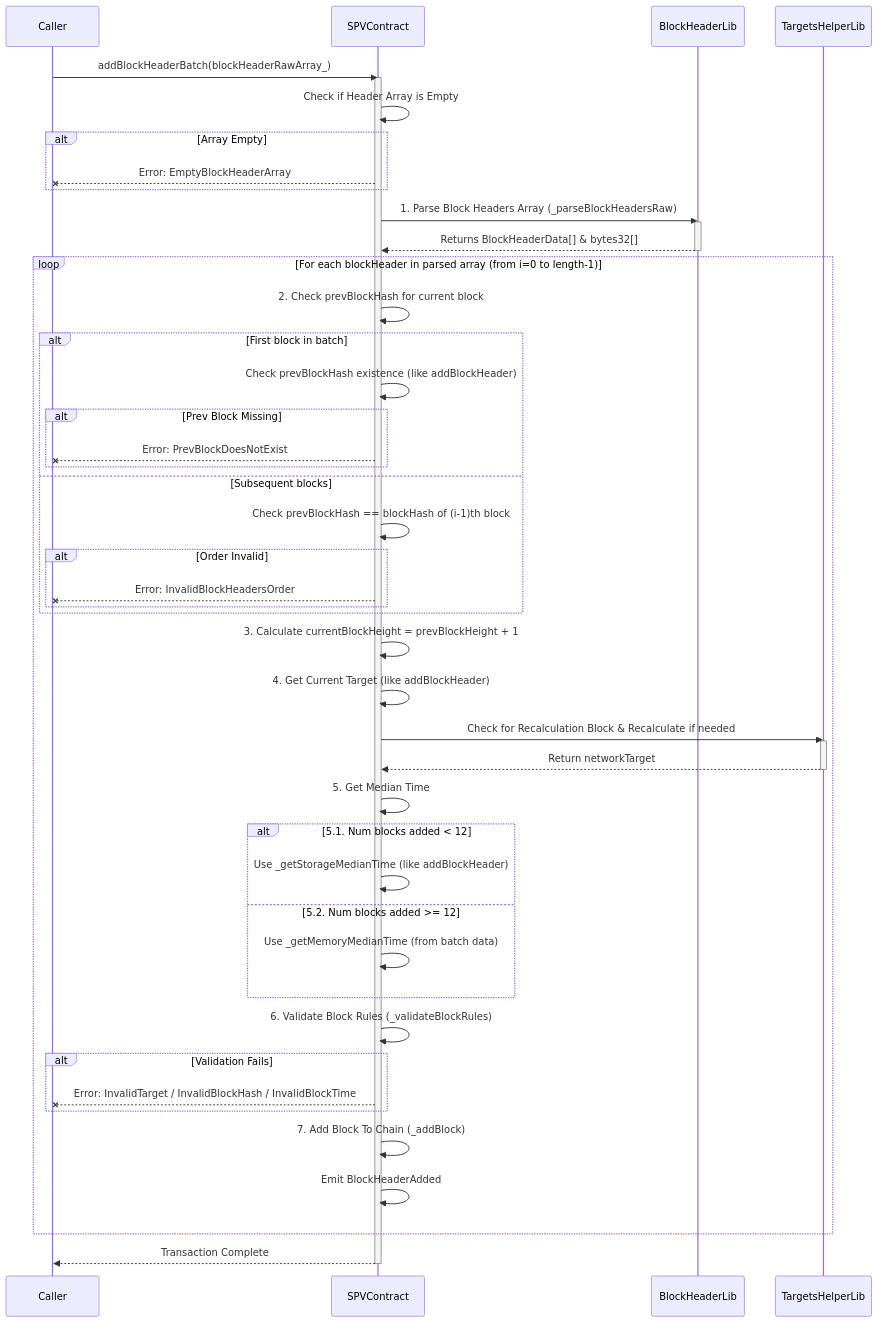
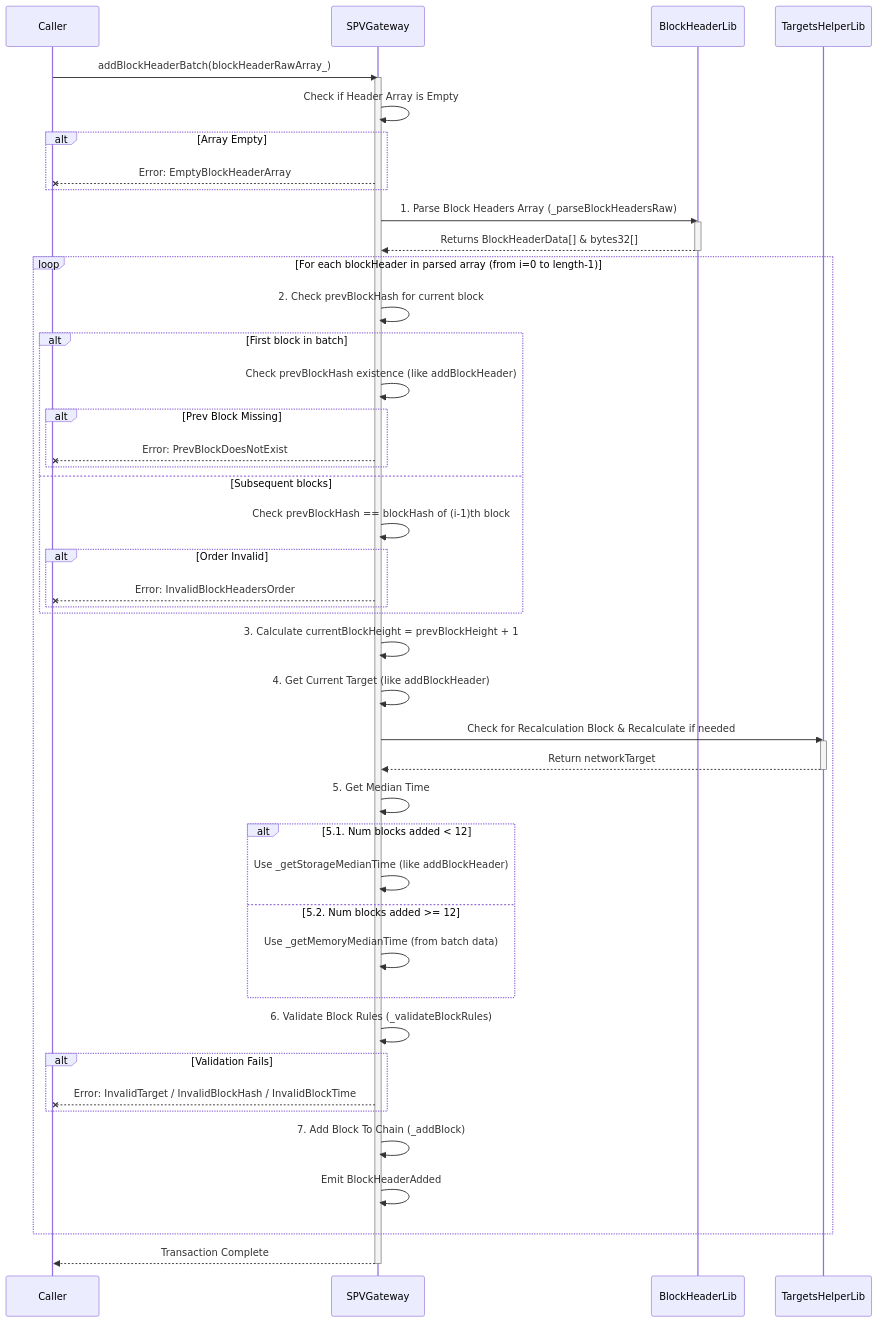
The second of 2 diagrams in README.md (distributed-lab/spv-gateway), drawn with Mermaid before and after one commit. The commit also changed other lines of this file and 8 other files, not shown here.

````diff
--- a/README.md
+++ b/README.md
@@ -127,61 +127,61 @@
 ```mermaid
 sequenceDiagram
   participant Caller
-  participant SPVContract
+  participant SPVGateway
   participant BlockHeaderLib
   participant TargetsHelperLib
 
-  Caller->>SPVContract: addBlockHeaderBatch(blockHeaderRawArray_)
-  activate SPVContract
+  Caller->>SPVGateway: addBlockHeaderBatch(blockHeaderRawArray_)
+  activate SPVGateway
 
-  SPVContract->>SPVContract: Check if Header Array is Empty
+  SPVGateway->>SPVGateway: Check if Header Array is Empty
   alt Array Empty
-      SPVContract--xCaller: Error: EmptyBlockHeaderArray
+      SPVGateway--xCaller: Error: EmptyBlockHeaderArray
   end
 
-  SPVContract->>BlockHeaderLib: 1. Parse Block Headers Array (_parseBlockHeadersRaw)
+  SPVGateway->>BlockHeaderLib: 1. Parse Block Headers Array (_parseBlockHeadersRaw)
   activate BlockHeaderLib
-  BlockHeaderLib-->>SPVContract: Returns BlockHeaderData[] & bytes32[]
+  BlockHeaderLib-->>SPVGateway: Returns BlockHeaderData[] & bytes32[]
   deactivate BlockHeaderLib
 
   loop For each blockHeader in parsed array (from i=0 to length-1)
-      SPVContract->>SPVContract: 2. Check prevBlockHash for current block
+      SPVGateway->>SPVGateway: 2. Check prevBlockHash for current block
       alt First block in batch
-          SPVContract->>SPVContract: Check prevBlockHash existence (like addBlockHeader)
+          SPVGateway->>SPVGateway: Check prevBlockHash existence (like addBlockHeader)
           alt Prev Block Missing
-              SPVContract--xCaller: Error: PrevBlockDoesNotExist
+              SPVGateway--xCaller: Error: PrevBlockDoesNotExist
           end
       else Subsequent blocks
-          SPVContract->>SPVContract: Check prevBlockHash == blockHash of (i-1)th block
+          SPVGateway->>SPVGateway: Check prevBlockHash == blockHash of (i-1)th block
           alt Order Invalid
-              SPVContract--xCaller: Error: InvalidBlockHeadersOrder
+              SPVGateway--xCaller: Error: InvalidBlockHeadersOrder
           end
       end
 
-      SPVContract->>SPVContract: 3. Calculate currentBlockHeight = prevBlockHeight + 1
+      SPVGateway->>SPVGateway: 3. Calculate currentBlockHeight = prevBlockHeight + 1
 
-      SPVContract->>SPVContract: 4. Get Current Target (like addBlockHeader)
-      SPVContract->>TargetsHelperLib: Check for Recalculation Block & Recalculate if needed
+      SPVGateway->>SPVGateway: 4. Get Current Target (like addBlockHeader)
+      SPVGateway->>TargetsHelperLib: Check for Recalculation Block & Recalculate if needed
       activate TargetsHelperLib
-      TargetsHelperLib-->>SPVContract: Return networkTarget
+      TargetsHelperLib-->>SPVGateway: Return networkTarget
       deactivate TargetsHelperLib
 
-      SPVContract->>SPVContract: 5. Get Median Time
+      SPVGateway->>SPVGateway: 5. Get Median Time
       alt 5.1. Num blocks added < 12
-          SPVContract->>SPVContract: Use _getStorageMedianTime (like addBlockHeader)
+          SPVGateway->>SPVGateway: Use _getStorageMedianTime (like addBlockHeader)
       else 5.2. Num blocks added >= 12
-          SPVContract->>SPVContract: Use _getMemoryMedianTime (from batch data)
+          SPVGateway->>SPVGateway: Use _getMemoryMedianTime (from batch data)
       end
 
-      SPVContract->>SPVContract: 6. Validate Block Rules (_validateBlockRules)
+      SPVGateway->>SPVGateway: 6. Validate Block Rules (_validateBlockRules)
       alt Validation Fails
-          SPVContract--xCaller: Error: InvalidTarget / InvalidBlockHash / InvalidBlockTime
+          SPVGateway--xCaller: Error: InvalidTarget / InvalidBlockHash / InvalidBlockTime
       end
 
-      SPVContract->>SPVContract: 7. Add Block To Chain (_addBlock)
-      SPVContract->>SPVContract: Emit BlockHeaderAdded
+      SPVGateway->>SPVGateway: 7. Add Block To Chain (_addBlock)
+      SPVGateway->>SPVGateway: Emit BlockHeaderAdded
   end
 
-  SPVContract-->>Caller: Transaction Complete
-  deactivate SPVContract
+  SPVGateway-->>Caller: Transaction Complete
+  deactivate SPVGateway
 ```
````
